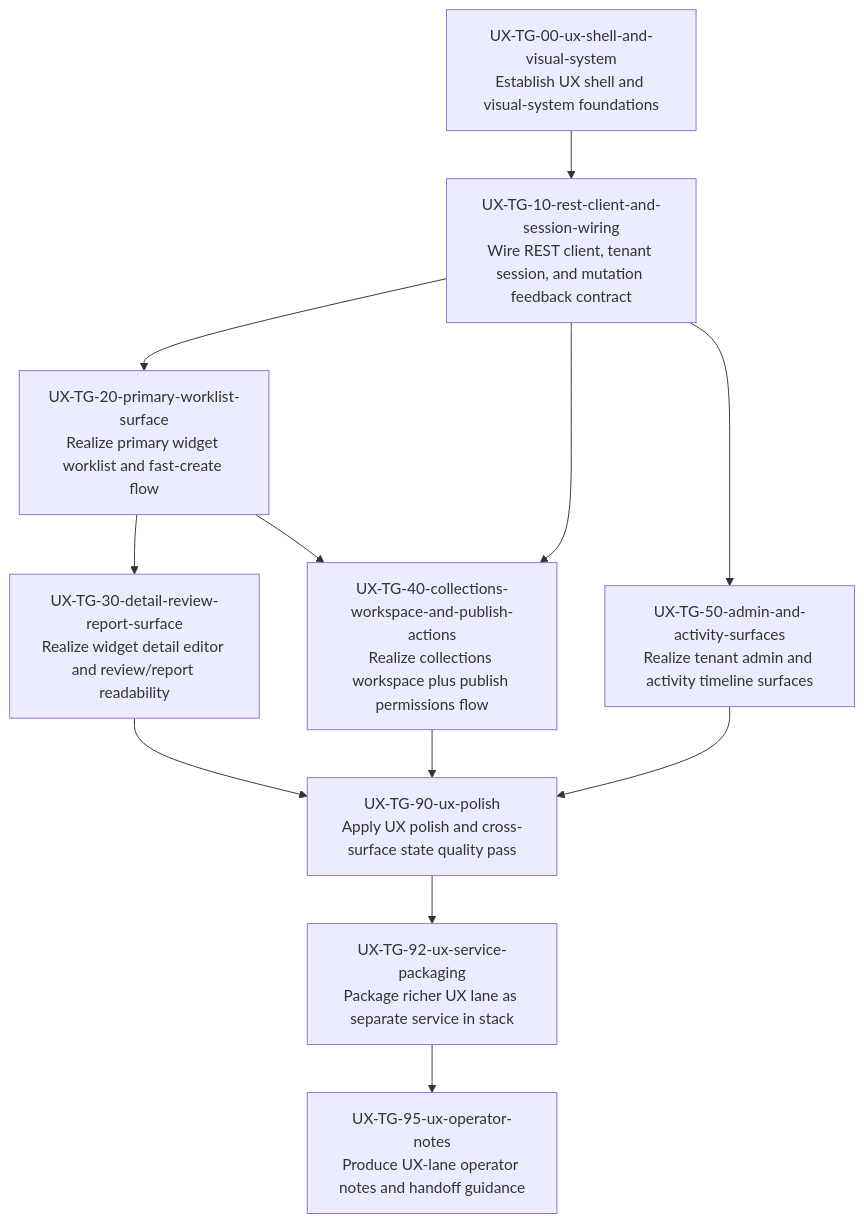
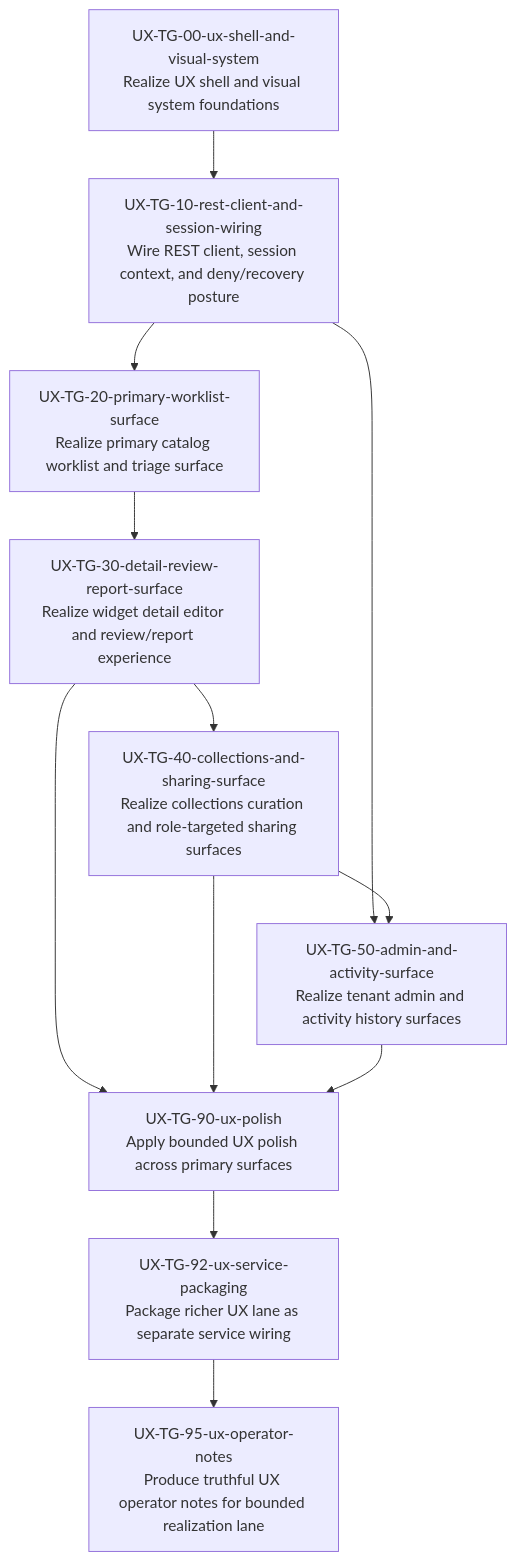
The diagram in companion_repositories/codex-saas/profile_v1/caf/ux_task_plan_v1.md (arylwen/caf), drawn with Mermaid before and after one commit. The commit also changed other lines of this file and 465 other files, not shown here.

Commit message:
Sample reference architecture

````diff
--- a/companion_repositories/codex-saas/profile_v1/caf/ux_task_plan_v1.md
+++ b/companion_repositories/codex-saas/profile_v1/caf/ux_task_plan_v1.md
@@ -8,23 +8,23 @@
 ```mermaid
 flowchart TD
-  UX_TG_00_ux_shell_and_visual_system["UX-TG-00-ux-shell-and-visual-system<br/>Establish UX shell and visual-system foundations"]
-  UX_TG_10_rest_client_and_session_wiring["UX-TG-10-rest-client-and-session-wiring<br/>Wire REST client, tenant session, and mutation feedback contract"]
-  UX_TG_20_primary_worklist_surface["UX-TG-20-primary-worklist-surface<br/>Realize primary widget worklist and fast-create flow"]
-  UX_TG_30_detail_review_report_surface["UX-TG-30-detail-review-report-surface<br/>Realize widget detail editor and review/report readability"]
-  UX_TG_40_collections_workspace_and_publish_actions["UX-TG-40-collections-workspace-and-publish-actions<br/>Realize collections workspace plus publish permissions flow"]
-  UX_TG_50_admin_and_activity_surfaces["UX-TG-50-admin-and-activity-surfaces<br/>Realize tenant admin and activity timeline surfaces"]
-  UX_TG_90_ux_polish["UX-TG-90-ux-polish<br/>Apply UX polish and cross-surface state quality pass"]
-  UX_TG_92_ux_service_packaging["UX-TG-92-ux-service-packaging<br/>Package richer UX lane as separate service in stack"]
-  UX_TG_95_ux_operator_notes["UX-TG-95-ux-operator-notes<br/>Produce UX-lane operator notes and handoff guidance"]
+  UX_TG_00_ux_shell_and_visual_system["UX-TG-00-ux-shell-and-visual-system<br/>Realize UX shell and visual system foundations"]
+  UX_TG_10_rest_client_and_session_wiring["UX-TG-10-rest-client-and-session-wiring<br/>Wire REST client, session context, and deny/recovery posture"]
+  UX_TG_20_primary_worklist_surface["UX-TG-20-primary-worklist-surface<br/>Realize primary catalog worklist and triage surface"]
+  UX_TG_30_detail_review_report_surface["UX-TG-30-detail-review-report-surface<br/>Realize widget detail editor and review/report experience"]
+  UX_TG_40_collections_and_sharing_surface["UX-TG-40-collections-and-sharing-surface<br/>Realize collections curation and role-targeted sharing surfaces"]
+  UX_TG_50_admin_and_activity_surface["UX-TG-50-admin-and-activity-surface<br/>Realize tenant admin and activity history surfaces"]
+  UX_TG_90_ux_polish["UX-TG-90-ux-polish<br/>Apply bounded UX polish across primary surfaces"]
+  UX_TG_92_ux_service_packaging["UX-TG-92-ux-service-packaging<br/>Package richer UX lane as separate service wiring"]
+  UX_TG_95_ux_operator_notes["UX-TG-95-ux-operator-notes<br/>Produce truthful UX operator notes for bounded realization lane"]
   UX_TG_00_ux_shell_and_visual_system --> UX_TG_10_rest_client_and_session_wiring
   UX_TG_10_rest_client_and_session_wiring --> UX_TG_20_primary_worklist_surface
-  UX_TG_10_rest_client_and_session_wiring --> UX_TG_40_collections_workspace_and_publish_actions
-  UX_TG_10_rest_client_and_session_wiring --> UX_TG_50_admin_and_activity_surfaces
+  UX_TG_10_rest_client_and_session_wiring --> UX_TG_50_admin_and_activity_surface
   UX_TG_20_primary_worklist_surface --> UX_TG_30_detail_review_report_surface
-  UX_TG_20_primary_worklist_surface --> UX_TG_40_collections_workspace_and_publish_actions
+  UX_TG_30_detail_review_report_surface --> UX_TG_40_collections_and_sharing_surface
   UX_TG_30_detail_review_report_surface --> UX_TG_90_ux_polish
-  UX_TG_40_collections_workspace_and_publish_actions --> UX_TG_90_ux_polish
-  UX_TG_50_admin_and_activity_surfaces --> UX_TG_90_ux_polish
+  UX_TG_40_collections_and_sharing_surface --> UX_TG_50_admin_and_activity_surface
+  UX_TG_40_collections_and_sharing_surface --> UX_TG_90_ux_polish
+  UX_TG_50_admin_and_activity_surface --> UX_TG_90_ux_polish
   UX_TG_90_ux_polish --> UX_TG_92_ux_service_packaging
   UX_TG_92_ux_service_packaging --> UX_TG_95_ux_operator_notes
 ```
````
